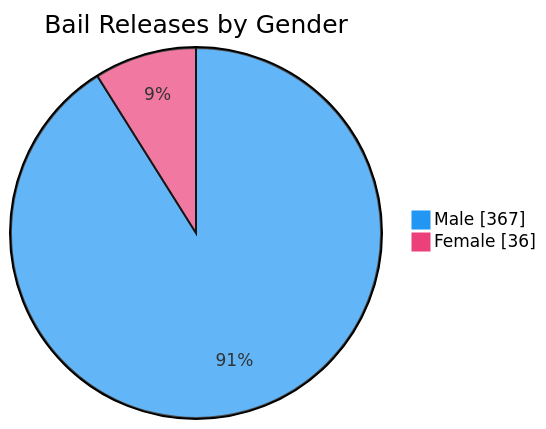
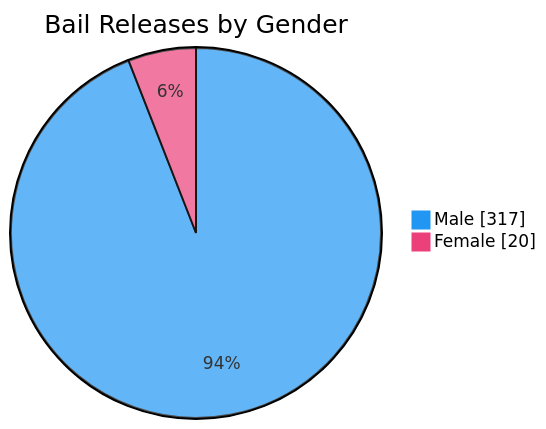
One commit to nuuuwan/lk_prisons changed the seventh of 7 diagrams in README.md. Above: the diagram before and after it, drawn with Mermaid. The commit also changed other lines of this file and 1 other file, not shown here.

````diff
--- a/README.md
+++ b/README.md
@@ -109,6 +109,6 @@
 ```mermaid
 %%{init: {'themeVariables': {'pie1': '#2196F3', 'pie2': '#EC407A'}}}%%
 pie showData title Bail Releases by Gender
-    "Male" : 367
-    "Female" : 36
+    "Male" : 317
+    "Female" : 20
 ```
````
